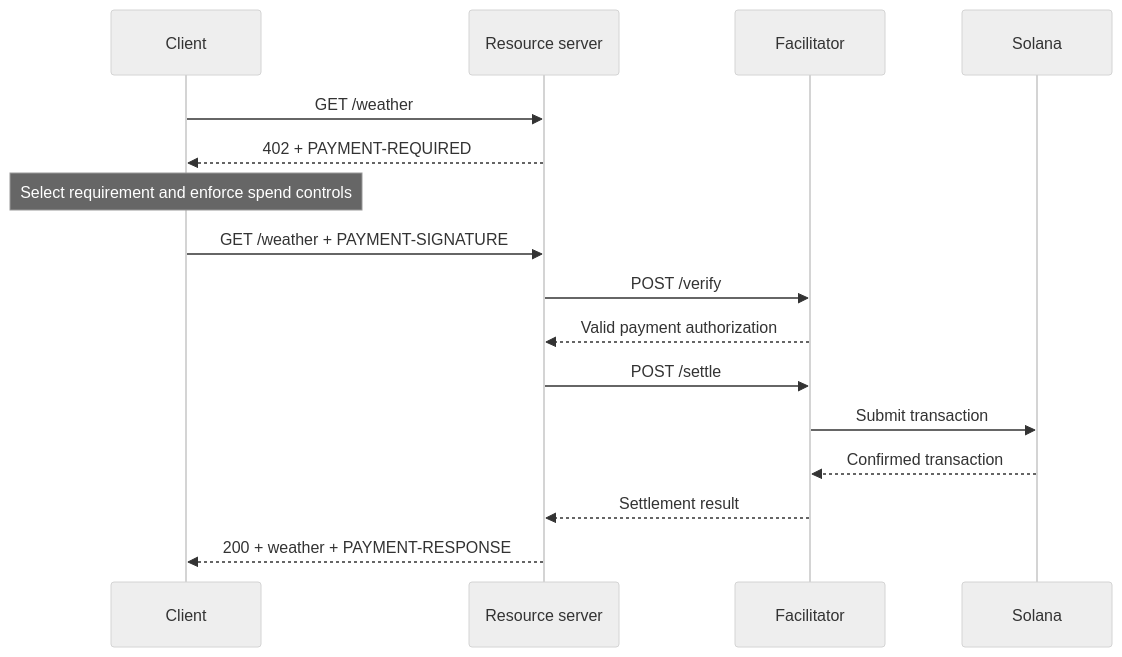
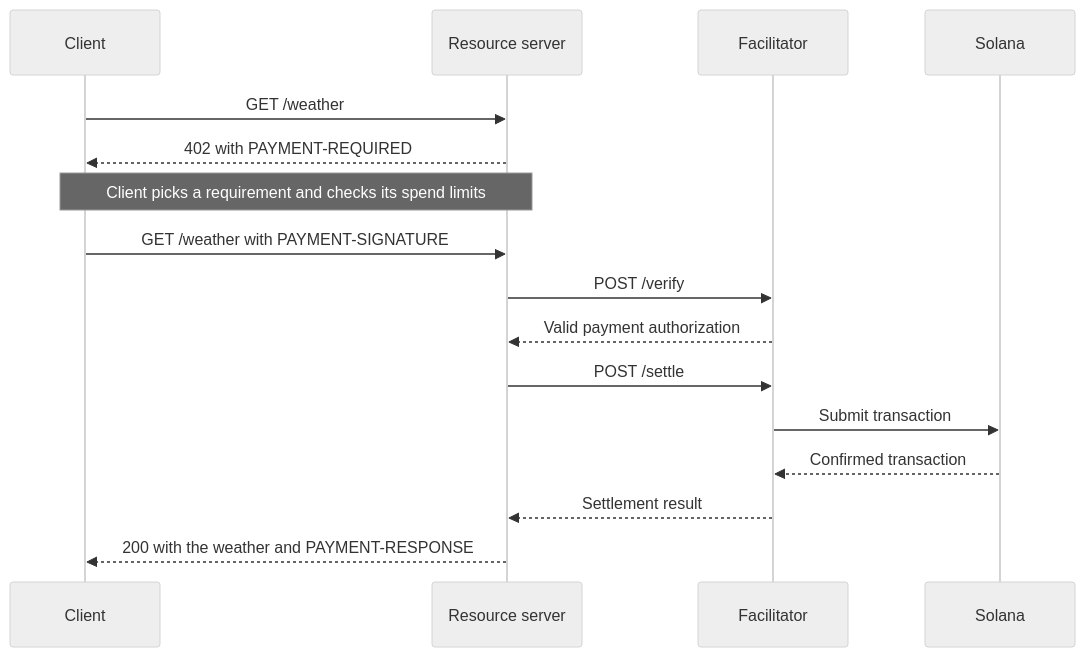
The diagram in apps/docs/docs/payments/agentic-payments/x402/index.mdx (catmcgee/solana-com), drawn with Mermaid (neutral theme) before and after one commit. The commit also changed other lines of this file and 798 other files, not shown here.

First line of the commit message:
docs: redesign diagrams, make demos run like real executions, reuse the real solana.com header, new Build dropdown

````diff
--- a/apps/docs/docs/payments/agentic-payments/x402/index.mdx
+++ b/apps/docs/docs/payments/agentic-payments/x402/index.mdx
@@ -44,18 +44,19 @@
 ```mermaid
 sequenceDiagram
     participant Client
     participant API as Resource server
     participant Facilitator
     participant Solana
     Client->>API: GET /weather
-    API-->>Client: 402 + PAYMENT-REQUIRED
-    Note over Client: Select requirement and enforce spend controls
-    Client->>API: GET /weather + PAYMENT-SIGNATURE
+    API-->>Client: 402 with PAYMENT-REQUIRED
+    Note over Client,API: Client picks a requirement and checks its spend limits
+    Client->>API: GET /weather with PAYMENT-SIGNATURE
     API->>Facilitator: POST /verify
     Facilitator-->>API: Valid payment authorization
     API->>Facilitator: POST /settle
     Facilitator->>Solana: Submit transaction
     Solana-->>Facilitator: Confirmed transaction
     Facilitator-->>API: Settlement result
-    API-->>Client: 200 + weather + PAYMENT-RESPONSE
+    API-->>Client: 200 with the weather and PAYMENT-RESPONSE
+    %% focal: GET /weather with PAYMENT-SIGNATURE
 ```
````
